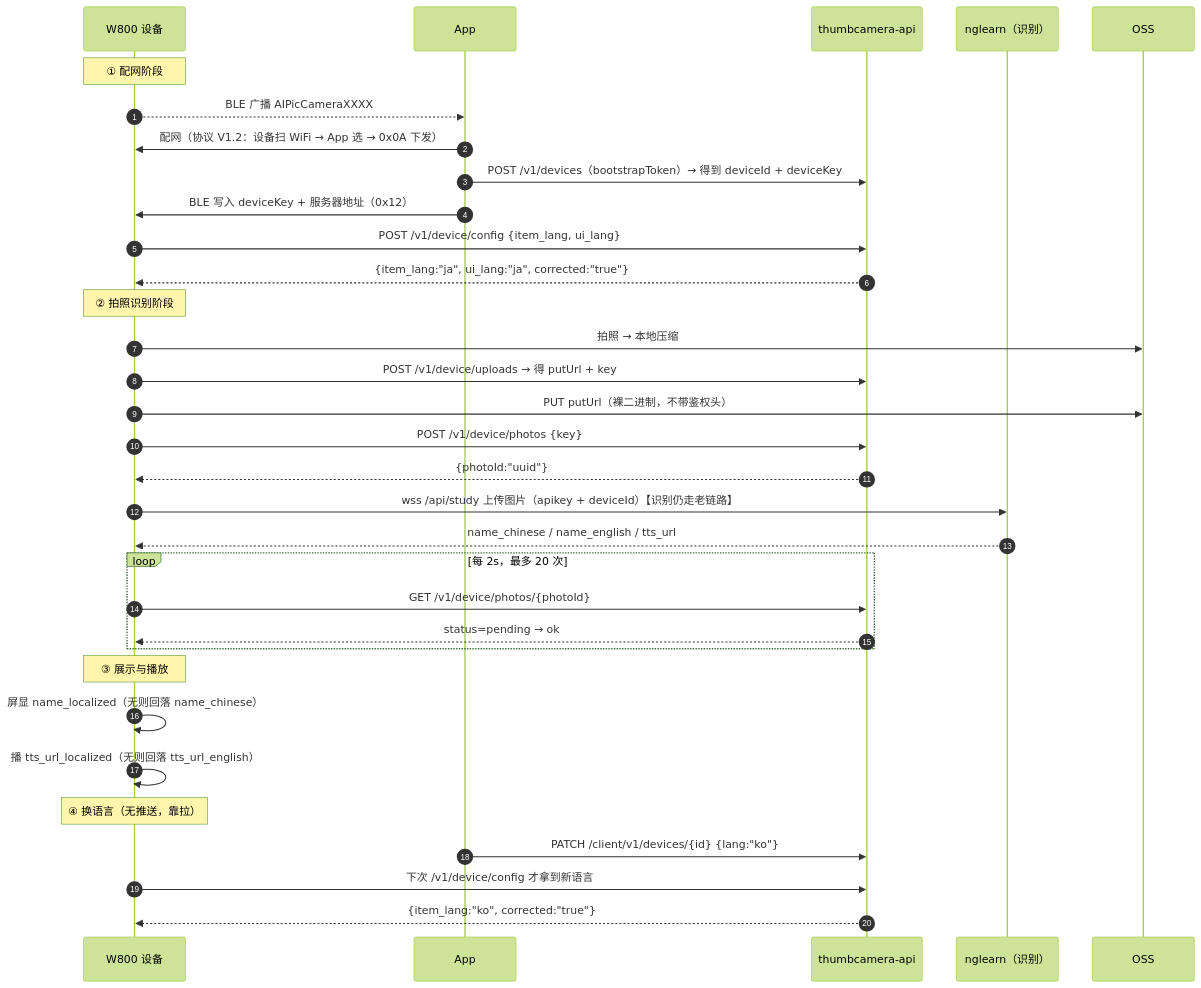
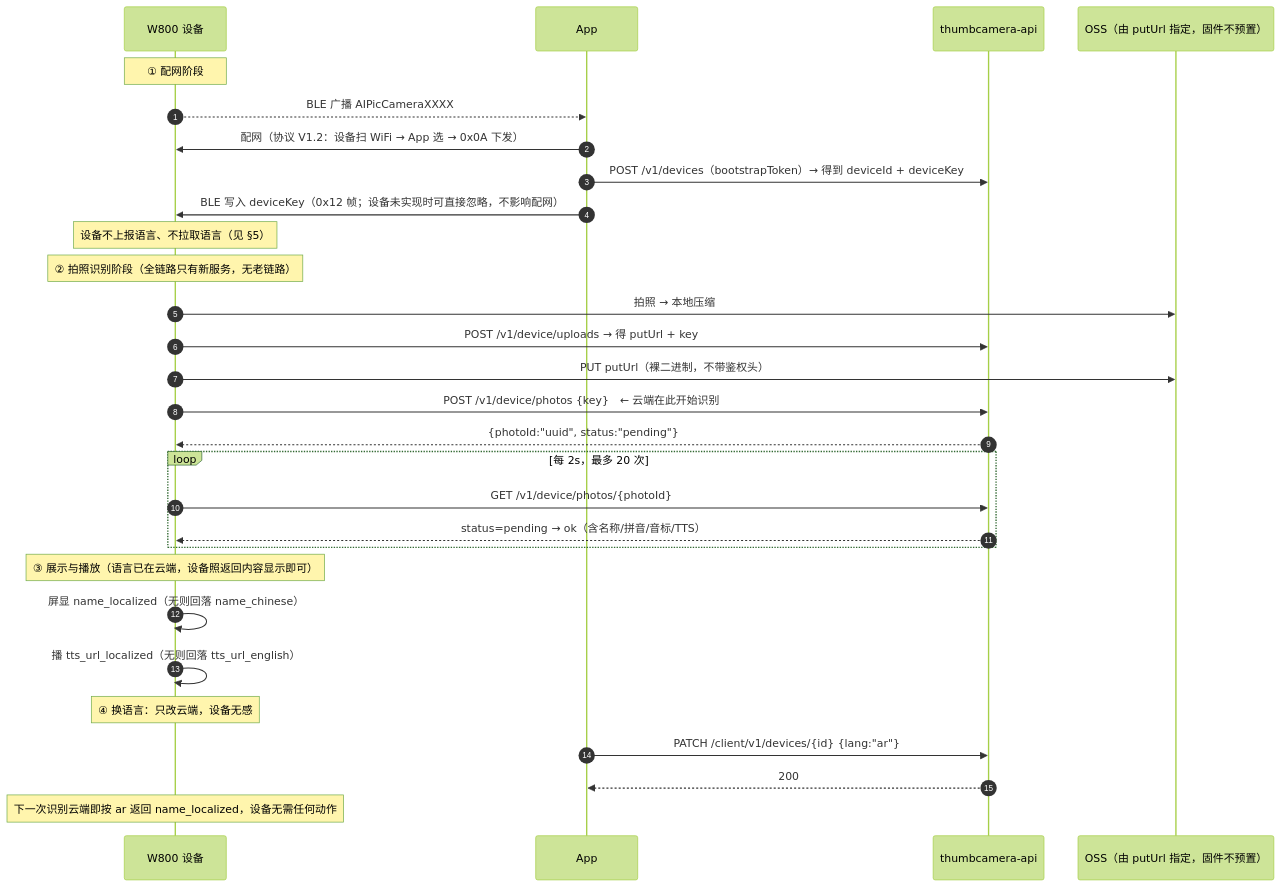
Before and after one commit to Hyman8808/shareable-code-repo: the diagram in docs/拍学机_设备端对接说明_V3.1-HW.md, drawn with Mermaid (forest theme). The commit also changed other lines of this file and 109 other files, not shown here.

````diff
--- a/docs/拍学机_设备端对接说明_V3.1-HW.md
+++ b/docs/拍学机_设备端对接说明_V3.1-HW.md
@@ -101,36 +154,32 @@
 ```mermaid
 sequenceDiagram
     autonumber
     participant W as W800 设备
     participant A as App
     participant S as thumbcamera-api
-    participant N as nglearn（识别）
-    participant O as OSS
+    participant O as OSS（由 putUrl 指定，固件不预置）
 
     Note over W: ① 配网阶段
     W-->>A: BLE 广播 AIPicCameraXXXX
     A->>W: 配网（协议 V1.2：设备扫 WiFi → App 选 → 0x0A 下发）
     A->>S: POST /v1/devices（bootstrapToken）→ 得到 deviceId + deviceKey
-    A->>W: BLE 写入 deviceKey + 服务器地址（0x12）
-    W->>S: POST /v1/device/config {item_lang, ui_lang}
-    S-->>W: {item_lang:"ja", ui_lang:"ja", corrected:"true"}
-    Note over W: ② 拍照识别阶段
+    A->>W: BLE 写入 deviceKey（0x12 帧；设备未实现时可直接忽略，不影响配网）
+    Note over W: 设备不上报语言、不拉取语言（见 §5）
+    Note over W: ② 拍照识别阶段（全链路只有新服务，无老链路）
     W->>O: 拍照 → 本地压缩
     W->>S: POST /v1/device/uploads → 得 putUrl + key
     W->>O: PUT putUrl（裸二进制，不带鉴权头）
-    W->>S: POST /v1/device/photos {key}
-    S-->>W: {photoId:"uuid"}
-    W->>N: wss /api/study 上传图片（apikey + deviceId）【识别仍走老链路】
-    N-->>W: name_chinese / name_english / tts_url
+    W->>S: POST /v1/device/photos {key}　← 云端在此开始识别
+    S-->>W: {photoId:"uuid", status:"pending"}
     loop 每 2s，最多 20 次
         W->>S: GET /v1/device/photos/{photoId}
-        S-->>W: status=pending → ok
+        S-->>W: status=pending → ok（含名称/拼音/音标/TTS）
     end
-    Note over W: ③ 展示与播放
+    Note over W: ③ 展示与播放（语言已在云端，设备照返回内容显示即可）
     W->>W: 屏显 name_localized（无则回落 name_chinese）
     W->>W: 播 tts_url_localized（无则回落 tts_url_english）
-    Note over W: ④ 换语言（无推送，靠拉）
-    A->>S: PATCH /client/v1/devices/{id} {lang:"ko"}
-    W->>S: 下次 /v1/device/config 才拿到新语言
-    S-->>W: {item_lang:"ko", corrected:"true"}
+    Note over W: ④ 换语言：只改云端，设备无感
+    A->>S: PATCH /client/v1/devices/{id} {lang:"ar"}
+    S-->>A: 200
+    Note over W: 下一次识别云端即按 ar 返回 name_localized，设备无需任何动作
 ```
````
